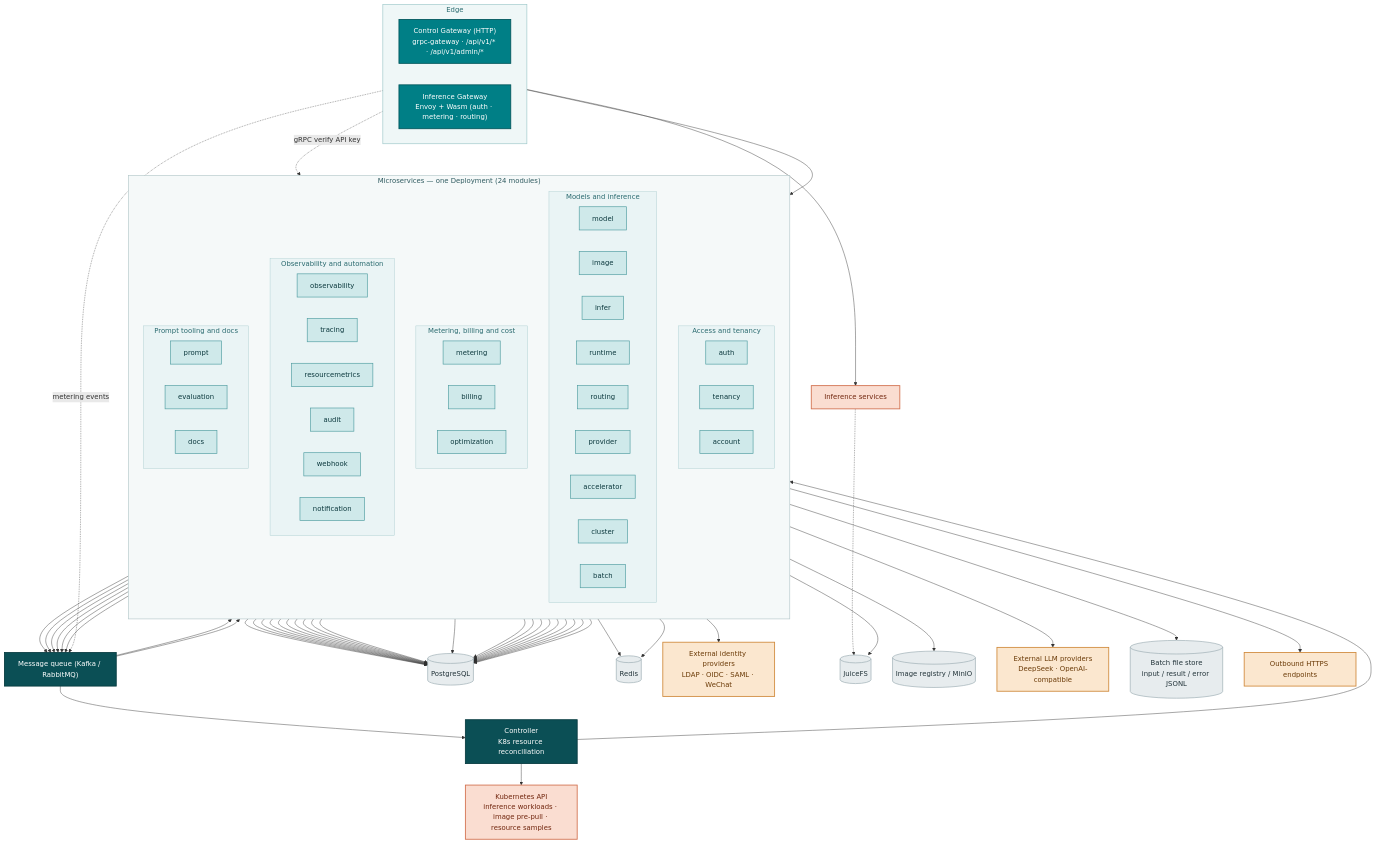
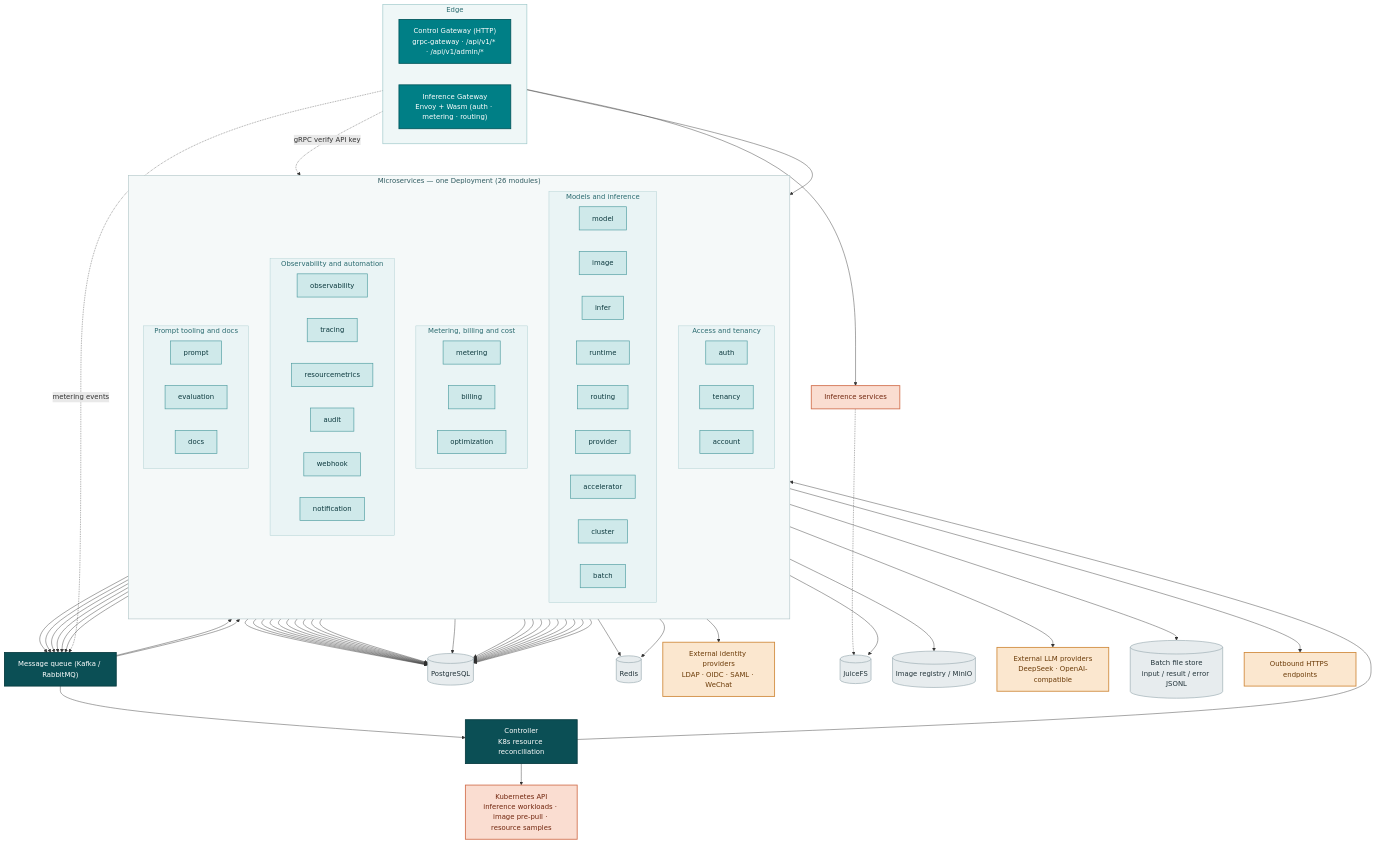
The second of 6 diagrams in site/docs/design/architecture.md (go-taas/go-taas), drawn with Mermaid before and after one commit. The commit also changed other lines of this file and 24 other files, not shown here.

```diff
--- a/site/docs/design/architecture.md
+++ b/site/docs/design/architecture.md
@@ -114,7 +147,7 @@
         DGW["Inference Gateway<br/>Envoy + Wasm (auth · metering · routing)"]
     end
 
-    subgraph mods["Microservices — one Deployment (24 modules)"]
+    subgraph mods["Microservices — one Deployment (26 modules)"]
         direction TB
         subgraph m_acc["Access and tenancy"]
             direction LR
```
